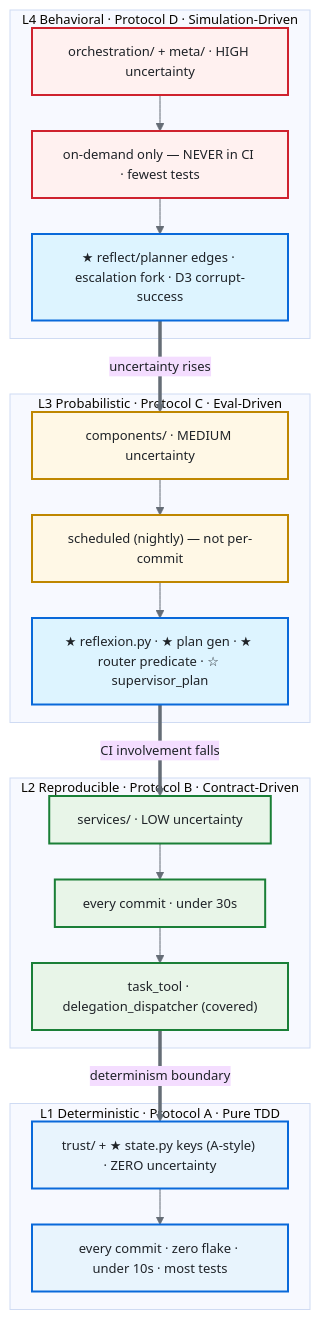
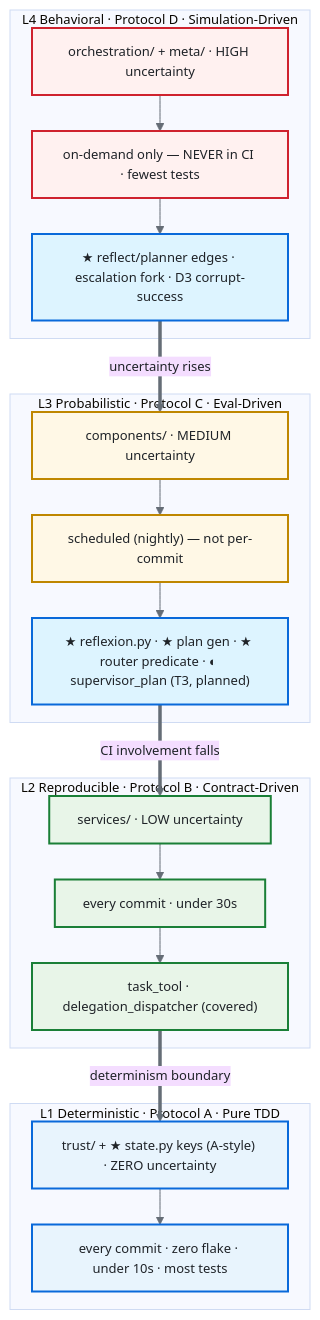
The third of 7 diagrams in docs/plans/planning_pipeline_tiered_loops.design.md (rajnishkhatri/AgentsFramework), drawn with Mermaid before and after one commit. The commit also changed other lines of this file and 16 other files, not shown here.

````diff
--- a/docs/plans/planning_pipeline_tiered_loops.design.md
+++ b/docs/plans/planning_pipeline_tiered_loops.design.md
@@ -269,50 +271,50 @@
 ```mermaid
 %%{init: {
   'theme': 'base',
   'themeVariables': { 'primaryTextColor': '#1f2328', 'lineColor': '#656d76', 'fontSize': '13px' },
   'flowchart': { 'padding': 14, 'nodeSpacing': 24, 'rankSpacing': 36, 'htmlLabels': true }
 }}%%
 flowchart TB
     subgraph L4B["L4 Behavioral · Protocol D · Simulation-Driven"]
         L4H["orchestration/ + meta/ · HIGH uncertainty"]
         L4T["on-demand only — NEVER in CI · fewest tests"]
         L4A["★ reflect/planner edges · escalation fork · D3 corrupt-success"]
         L4H --> L4T --> L4A
     end
 
     subgraph L3B["L3 Probabilistic · Protocol C · Eval-Driven"]
         L3H["components/ · MEDIUM uncertainty"]
         L3T["scheduled (nightly) — not per-commit"]
-        L3A["★ reflexion.py · ★ plan gen · ★ router predicate · ☆ supervisor_plan"]
+        L3A["★ reflexion.py · ★ plan gen · ★ router predicate · ◐ supervisor_plan (T3, planned)"]
         L3H --> L3T --> L3A
     end
 
     subgraph L2B["L2 Reproducible · Protocol B · Contract-Driven"]
         L2H["services/ · LOW uncertainty"]
         L2T["every commit · under 30s"]
         L2A["task_tool · delegation_dispatcher (covered)"]
         L2H --> L2T --> L2A
     end
 
     subgraph L1B["L1 Deterministic · Protocol A · Pure TDD"]
         L1H["trust/ + ★ state.py keys (A-style) · ZERO uncertainty"]
         L1T["every commit · zero flake · under 10s · most tests"]
         L1H --> L1T
     end
 
     L4A ==>|uncertainty rises| L3H
     L3A ==>|CI involvement falls| L2H
     L2A ==>|determinism boundary| L1H
 
     classDef l4 fill:#fff1f0,stroke:#cf222e,stroke-width:2px,color:#1f2328
     classDef l3 fill:#fff8e6,stroke:#bf8700,stroke-width:2px,color:#1f2328
     classDef l2 fill:#e8f5e8,stroke:#1a7f37,stroke-width:2px,color:#1f2328
     classDef l1 fill:#e8f4fd,stroke:#0969da,stroke-width:2px,color:#1f2328
     classDef artifact fill:#ddf4ff,stroke:#0969da,stroke-width:2px,color:#1f2328
     class L4H,L4T l4
     class L4A artifact
     class L3H,L3T l3
     class L3A artifact
     class L2H,L2T,L2A l2
     class L1H,L1T l1
 ```
````
